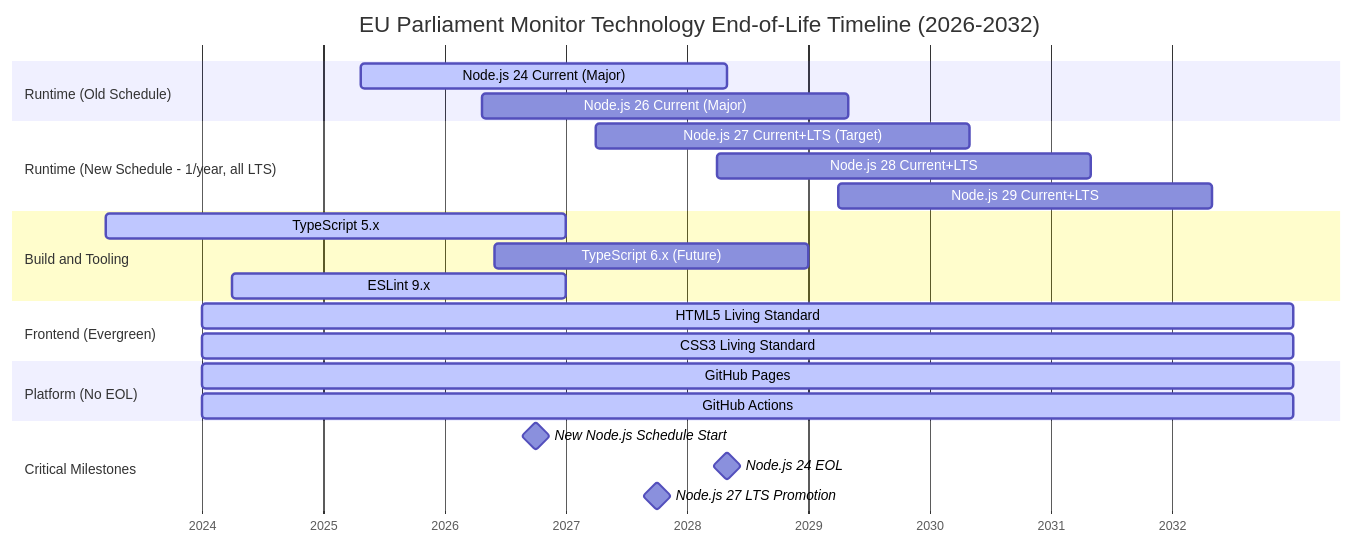
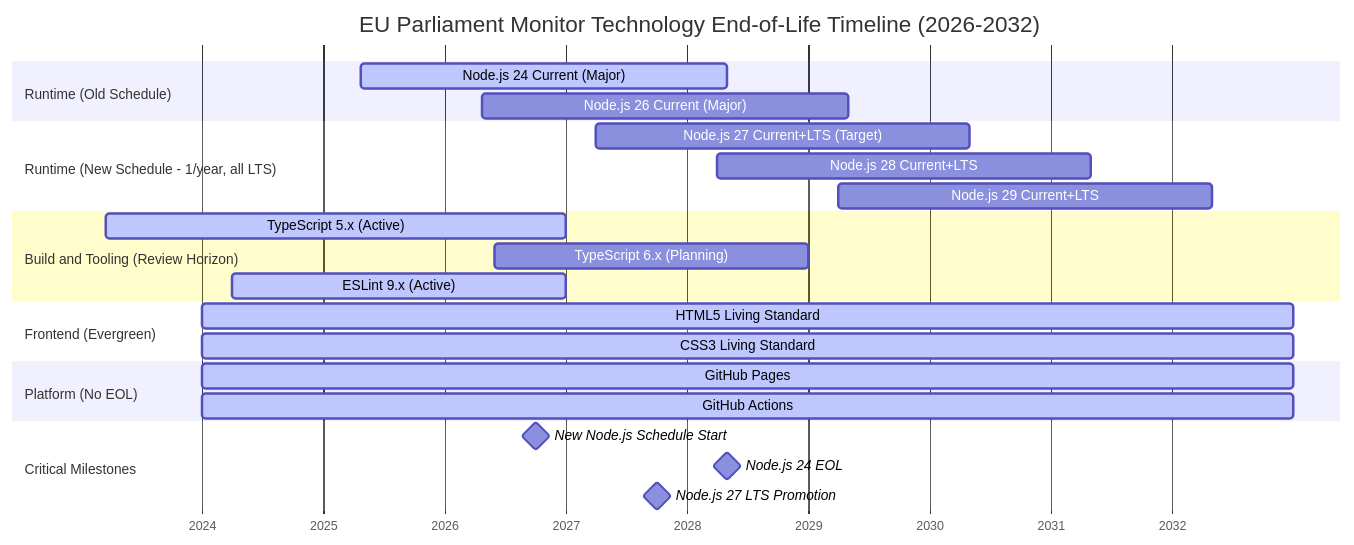
One commit to Hack23/euparliamentmonitor changed the fifth of 6 diagrams in End-of-Life-Strategy.md. Above: the diagram before and after it, drawn with Mermaid. The commit also changed 1 other file, not shown here.

Commit message:
Add safety guard in runbook before destructive git commands, relabel TypeScript/ESLint Gantt as review horizons

````diff
--- a/End-of-Life-Strategy.md
+++ b/End-of-Life-Strategy.md
@@ -369,33 +369,33 @@
 ```mermaid
 gantt
     title EU Parliament Monitor Technology End-of-Life Timeline (2026-2032)
     dateFormat YYYY-MM-DD
     axisFormat %Y
 
     section Runtime (Old Schedule)
     Node.js 24 Current (Major)  :active, node24, 2025-04-22, 2028-04-30
     Node.js 26 Current (Major)  :node26, 2026-04-22, 2029-04-30
 
     section Runtime (New Schedule - 1/year, all LTS)
     Node.js 27 Current+LTS (Target) :node27, 2027-04-01, 2030-04-30
     Node.js 28 Current+LTS          :node28, 2028-04-01, 2031-04-30
     Node.js 29 Current+LTS          :node29, 2029-04-01, 2032-04-30
 
-    section Build and Tooling
-    TypeScript 5.x              :active, ts5, 2023-03-16, 2026-12-31
-    TypeScript 6.x (Future)     :ts6, 2026-06-01, 2028-12-31
-    ESLint 9.x                  :active, eslint9, 2024-04-01, 2026-12-31
+    section Build and Tooling (Review Horizon)
+    TypeScript 5.x (Active)     :active, ts5, 2023-03-16, 2026-12-31
+    TypeScript 6.x (Planning)   :ts6, 2026-06-01, 2028-12-31
+    ESLint 9.x (Active)         :active, eslint9, 2024-04-01, 2026-12-31
 
     section Frontend (Evergreen)
     HTML5 Living Standard       :active, html5, 2024-01-01, 2032-12-31
     CSS3 Living Standard        :active, css3, 2024-01-01, 2032-12-31
 
     section Platform (No EOL)
     GitHub Pages                :active, ghpages, 2024-01-01, 2032-12-31
     GitHub Actions              :active, ghactions, 2024-01-01, 2032-12-31
 
     section Critical Milestones
     New Node.js Schedule Start  :milestone, newschedule, 2026-10-01, 0d
     Node.js 24 EOL              :milestone, node24eol, 2028-04-30, 0d
     Node.js 27 LTS Promotion    :milestone, node27lts, 2027-10-01, 0d
 ```
````
